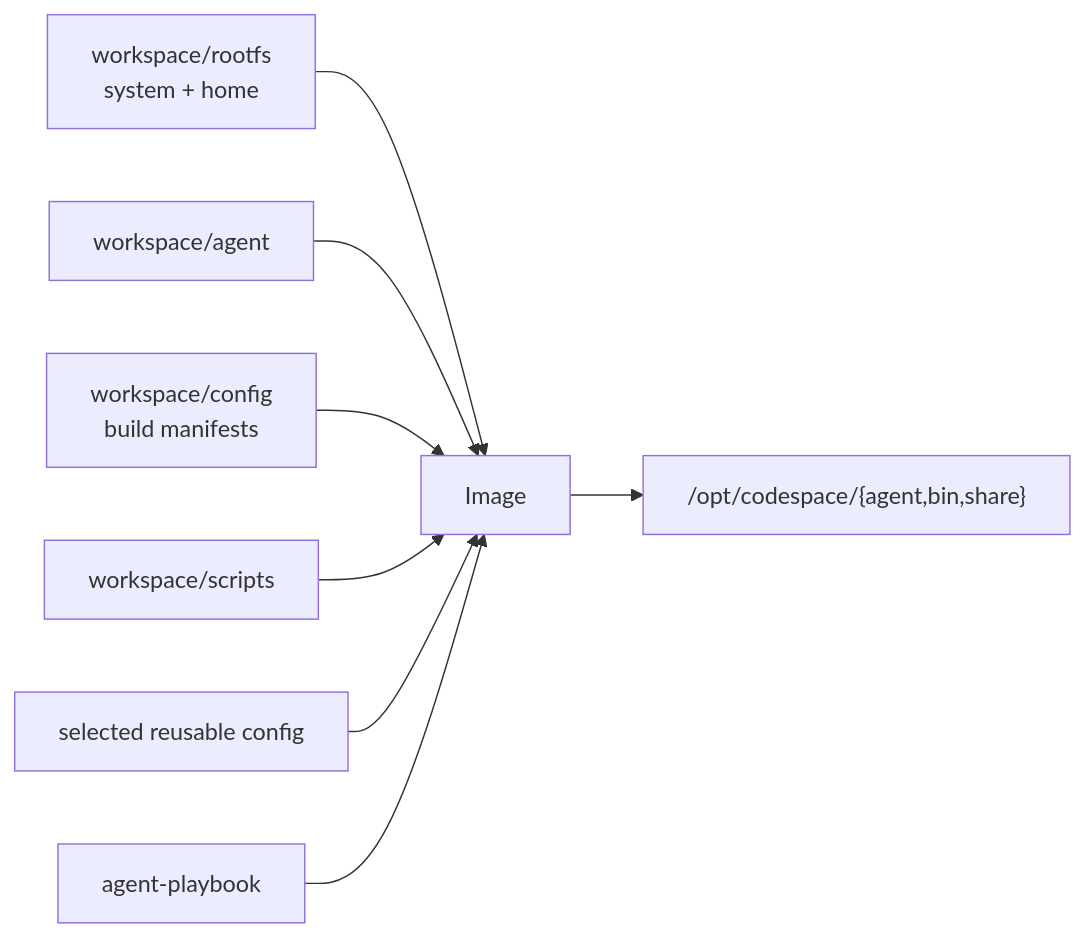
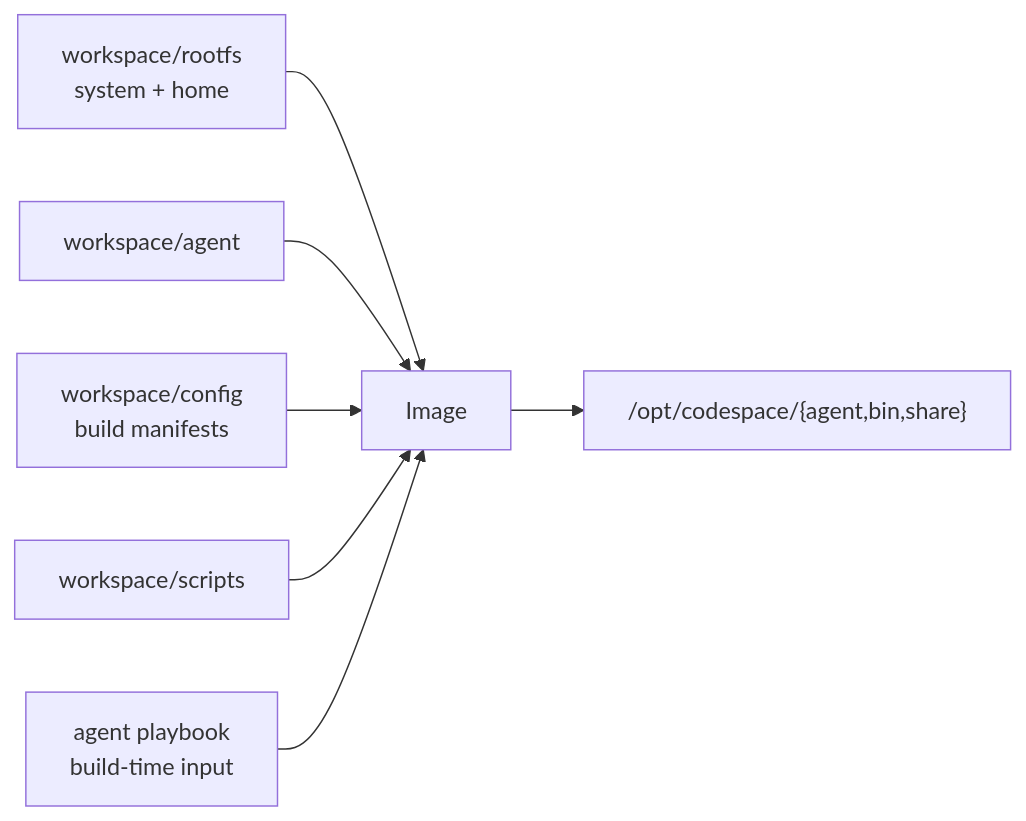
Before and after one commit to curoky/codespace: the first of 3 diagrams in platform/container/workspace/DESIGN.md, drawn with Mermaid. The commit also changed other lines of this file and 43 other files, not shown here.

````diff
--- a/platform/container/workspace/DESIGN.md
+++ b/platform/container/workspace/DESIGN.md
@@ -7,10 +7,9 @@
 ```mermaid
 flowchart LR
     Rootfs["workspace/rootfs<br/>system + home"] --> Image
     Agent["workspace/agent"] --> Image
     Config["workspace/config<br/>build manifests"] --> Image
     Scripts["workspace/scripts"] --> Image
-    Dotfiles["selected reusable config"] --> Image
-    Playbook["agent-playbook"] --> Image
+    Playbook["agent playbook<br/>build-time input"] --> Image
     Image --> Runtime["/opt/codespace/{agent,bin,share}"]
 ```
````
